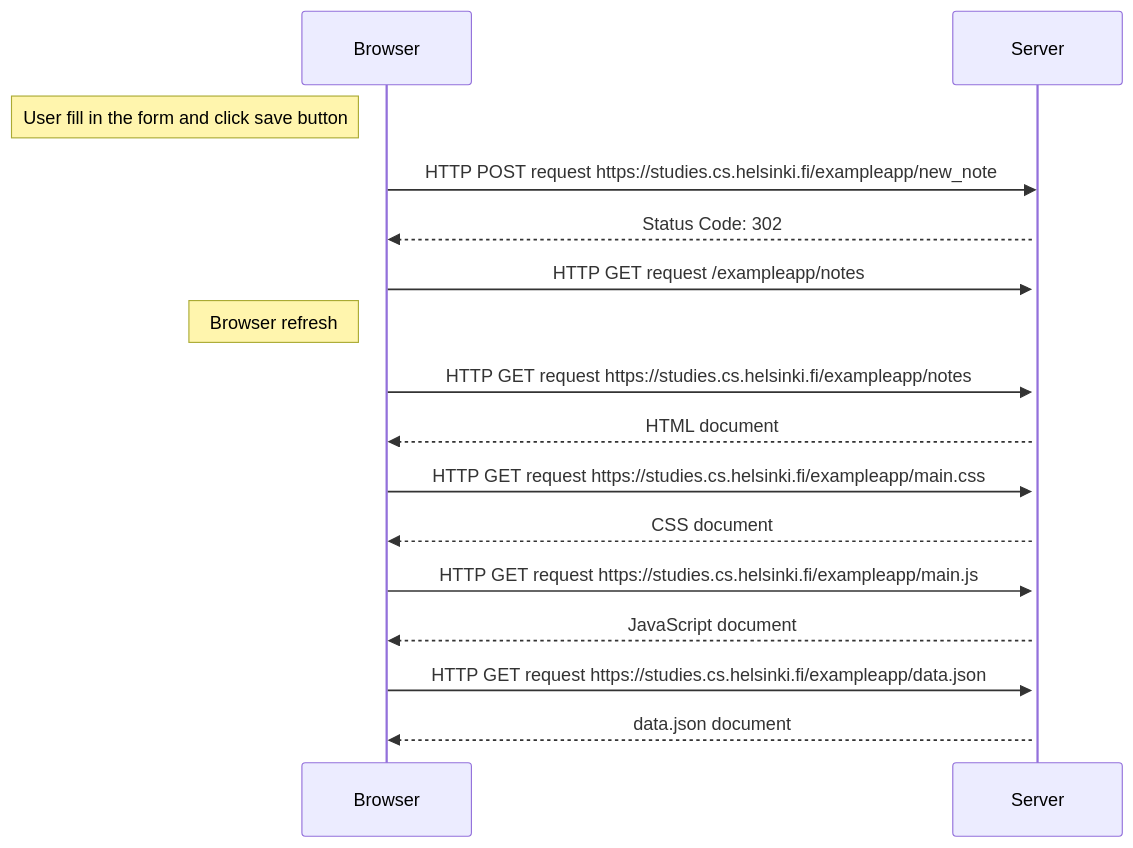
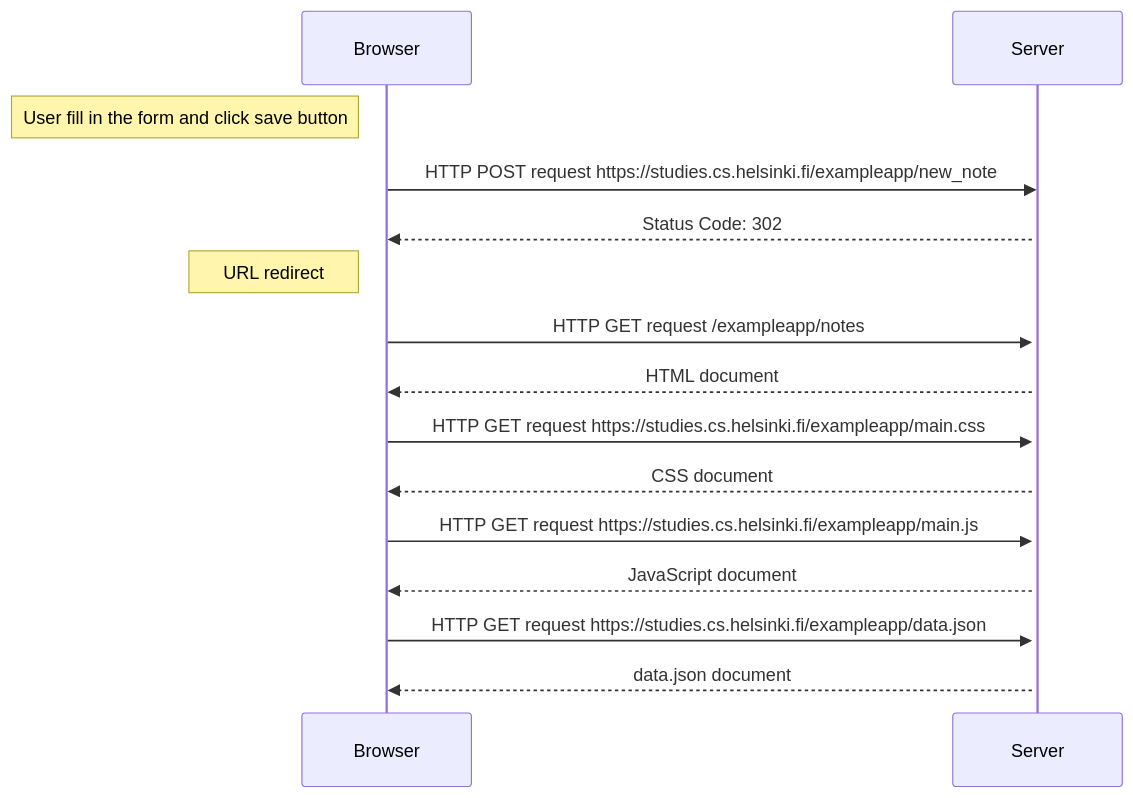
One commit to Indrasyah-Putera/fullstackopen-exercise changed the diagram in README.md. Above: the diagram before and after it, drawn with Mermaid.

````diff
--- a/README.md
+++ b/README.md
@@ -2,18 +2,17 @@
 ```mermaid
 sequenceDiagram
 Note left of Browser: User fill in the form and click save button
 Browser->> Server: HTTP POST request https://studies.cs.helsinki.fi/exampleapp/new_note
 activate Server
 Server-->> Browser: Status Code: 302
+Note left of Browser: URL redirect
 Browser->> Server: HTTP GET request /exampleapp/notes
-Note left of Browser: Browser refresh
-Browser->> Server: HTTP GET request https://studies.cs.helsinki.fi/exampleapp/notes
 Server-->> Browser: HTML document
 Browser->> Server: HTTP GET request https://studies.cs.helsinki.fi/exampleapp/main.css
 Server-->> Browser: CSS document
 Browser->> Server: HTTP GET request https://studies.cs.helsinki.fi/exampleapp/main.js
 Server-->> Browser: JavaScript document
 Browser->> Server: HTTP GET request https://studies.cs.helsinki.fi/exampleapp/data.json
 Server-->> Browser: data.json document
 
 ```
````
